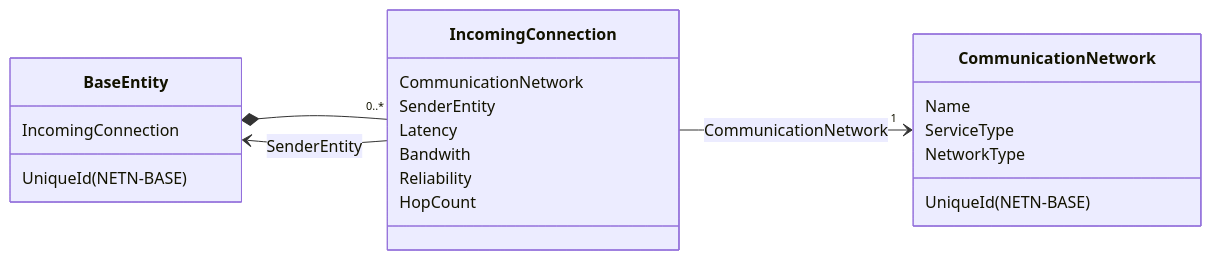
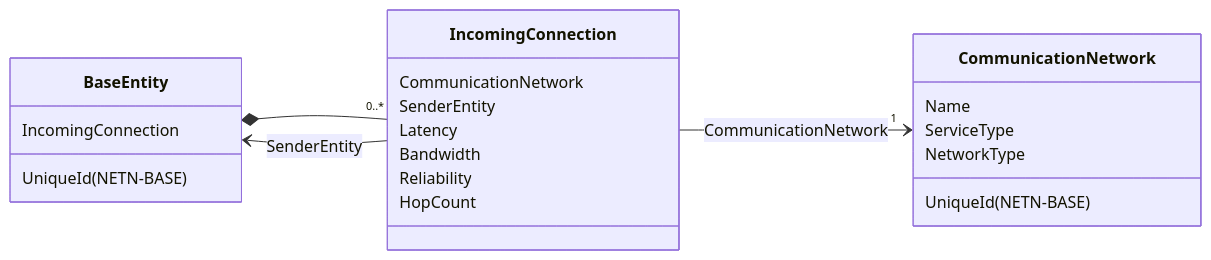
One commit to AMSP-04/NETN-FOM changed the first of 7 diagrams in modules/NETN-COM/NETN-COM.md. Above: the diagram before and after it, drawn with Mermaid. The commit also changed other lines of this file, not shown here.

````diff
--- a/modules/NETN-COM/NETN-COM.md
+++ b/modules/NETN-COM/NETN-COM.md
@@ -32,27 +32,27 @@
 ```mermaid
 classDiagram
 direction LR
 
 
 
 BaseEntity *-- "0..*" Incoming Connection
 BaseEntity:IncomingConnection
 
 Incoming Connection:CommunicationNetwork
 Incoming Connection:SenderEntity
 Incoming Connection --> "1" CommunicationNetwork : CommunicationNetwork
 Incoming Connection:Latency
-Incoming Connection:Bandwith
+Incoming Connection:Bandwidth
 Incoming Connection:Reliability
 Incoming Connection:HopCount
 Incoming Connection --> BaseEntity:SenderEntity
 
 
 CommunicationNetwork:Name
 CommunicationNetwork:ServiceType
 CommunicationNetwork:NetworkType
 
 
 BaseEntity:UniqueId(NETN-BASE)
 CommunicationNetwork:UniqueId(NETN-BASE)
 ```
````
